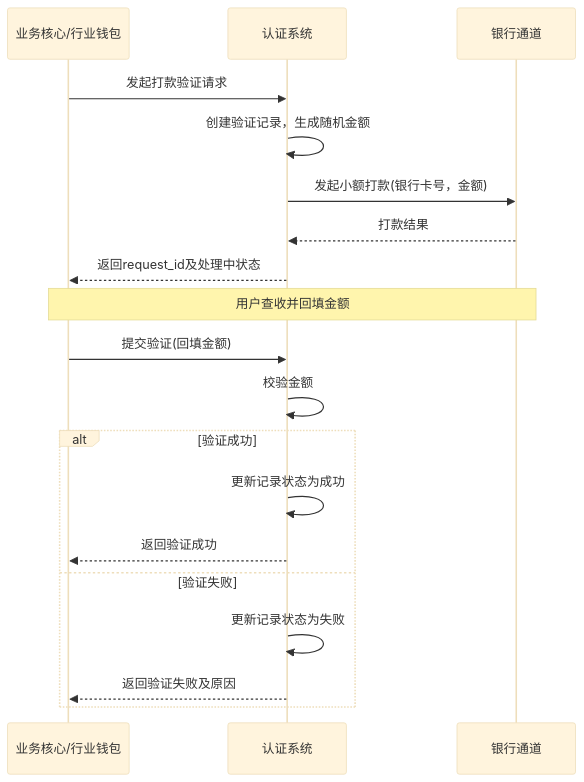
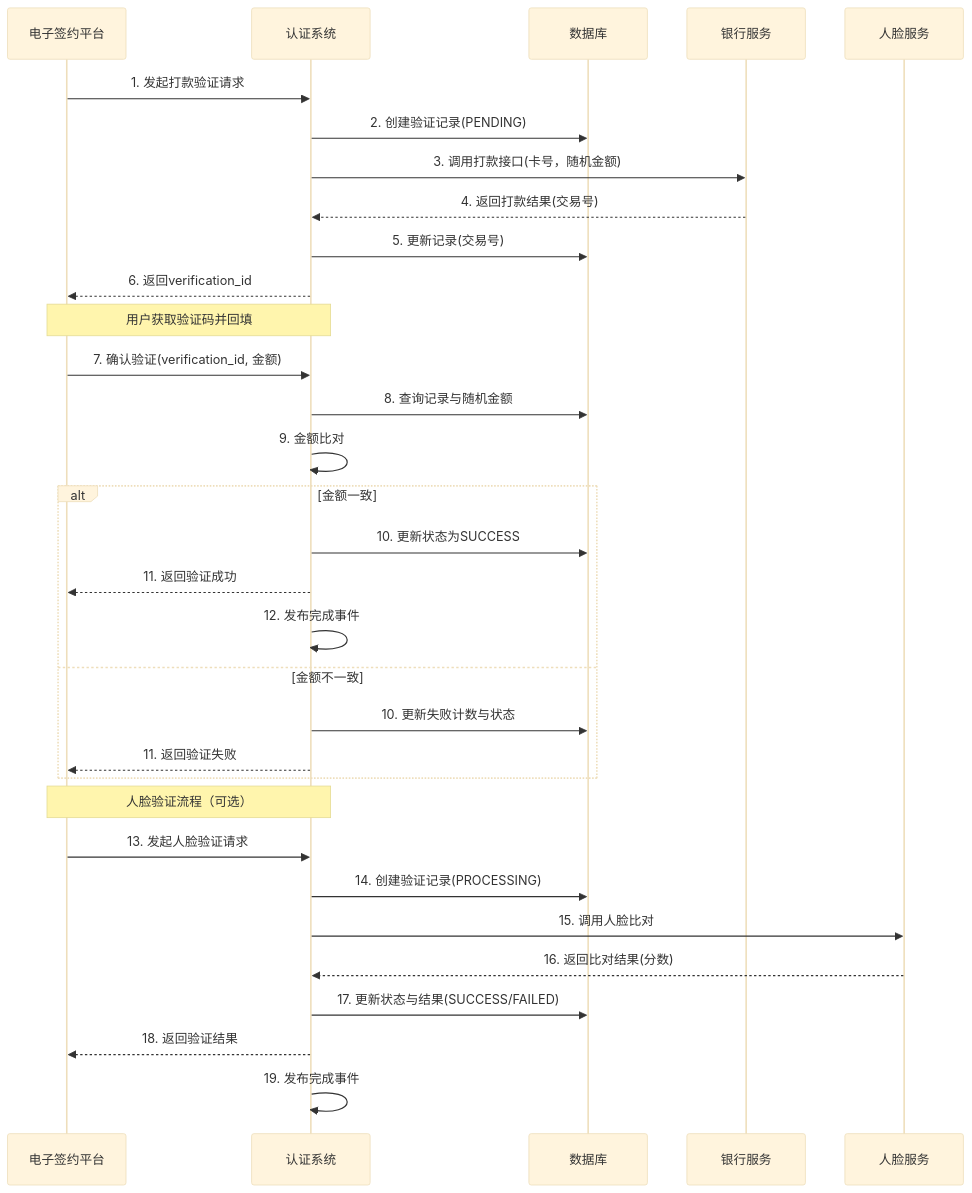
One commit to youzi211/AiCoding changed the diagram in data/天财分账需求/gpt-5.2/workspace/02_modules/module_认证系统.md. Above: the diagram before and after it, drawn with Mermaid (base theme). The commit also changed other lines of this file and 41 other files, not shown here.

````diff
--- a/data/天财分账需求/gpt-5.2/workspace/02_modules/module_认证系统.md
+++ b/data/天财分账需求/gpt-5.2/workspace/02_modules/module_认证系统.md
@@ -65,22 +72,39 @@
 ```mermaid
 sequenceDiagram
-    participant B as 业务核心/行业钱包
-    participant A as 认证系统
-    participant Bank as 银行通道
+    participant 调用方 as 电子签约平台
+    participant 认证系统
+    participant DB as 数据库
+    participant 银行服务
+    participant 人脸服务
 
-    B->>A: 发起打款验证请求
-    A->>A: 创建验证记录，生成随机金额
-    A->>Bank: 发起小额打款(银行卡号，金额)
-    Bank-->>A: 打款结果
-    A-->>B: 返回request_id及处理中状态
-    Note over B, Bank: 用户查收并回填金额
-    B->>A: 提交验证(回填金额)
-    A->>A: 校验金额
-    alt 验证成功
-        A->>A: 更新记录状态为成功
-        A-->>B: 返回验证成功
-    else 验证失败
-        A->>A: 更新记录状态为失败
-        A-->>B: 返回验证失败及原因
+    调用方->>认证系统: 1. 发起打款验证请求
+    认证系统->>DB: 2. 创建验证记录(PENDING)
+    认证系统->>银行服务: 3. 调用打款接口(卡号，随机金额)
+    银行服务-->>认证系统: 4. 返回打款结果(交易号)
+    认证系统->>DB: 5. 更新记录(交易号)
+    认证系统-->>调用方: 6. 返回verification_id
+
+    Note over 调用方,认证系统: 用户获取验证码并回填
+
+    调用方->>认证系统: 7. 确认验证(verification_id, 金额)
+    认证系统->>DB: 8. 查询记录与随机金额
+    认证系统->>认证系统: 9. 金额比对
+    alt 金额一致
+        认证系统->>DB: 10. 更新状态为SUCCESS
+        认证系统-->>调用方: 11. 返回验证成功
+        认证系统->>认证系统: 12. 发布完成事件
+    else 金额不一致
+        认证系统->>DB: 10. 更新失败计数与状态
+        认证系统-->>调用方: 11. 返回验证失败
     end
+
+    Note over 调用方,认证系统: 人脸验证流程（可选）
+
+    调用方->>认证系统: 13. 发起人脸验证请求
+    认证系统->>DB: 14. 创建验证记录(PROCESSING)
+    认证系统->>人脸服务: 15. 调用人脸比对
+    人脸服务-->>认证系统: 16. 返回比对结果(分数)
+    认证系统->>DB: 17. 更新状态与结果(SUCCESS/FAILED)
+    认证系统-->>调用方: 18. 返回验证结果
+    认证系统->>认证系统: 19. 发布完成事件
 ```
````
